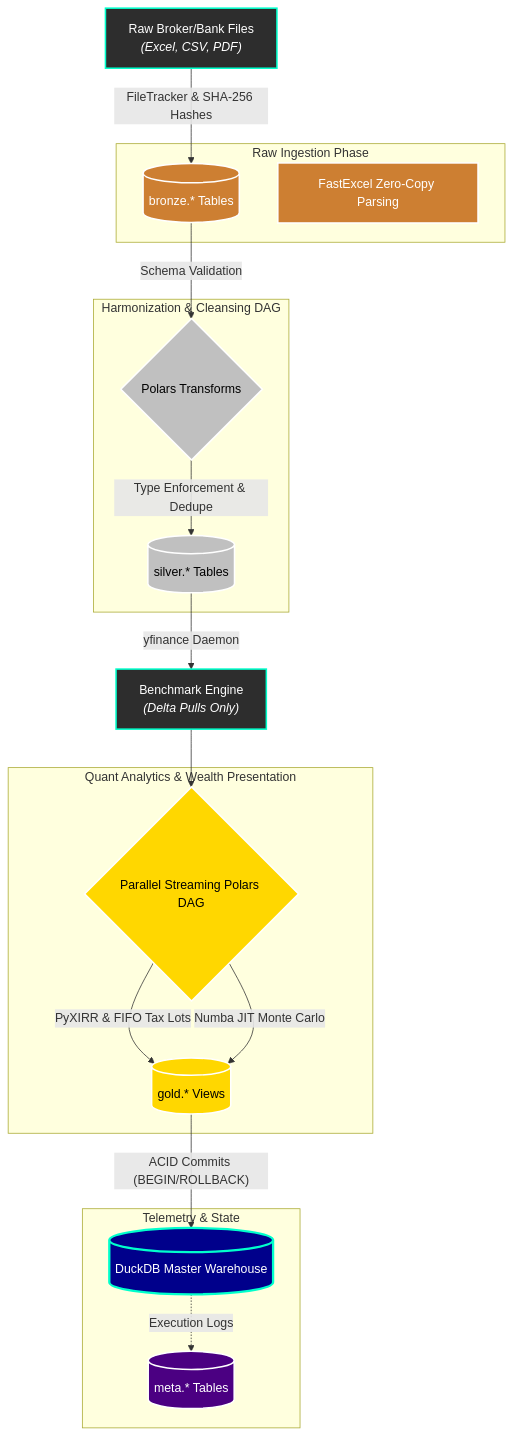
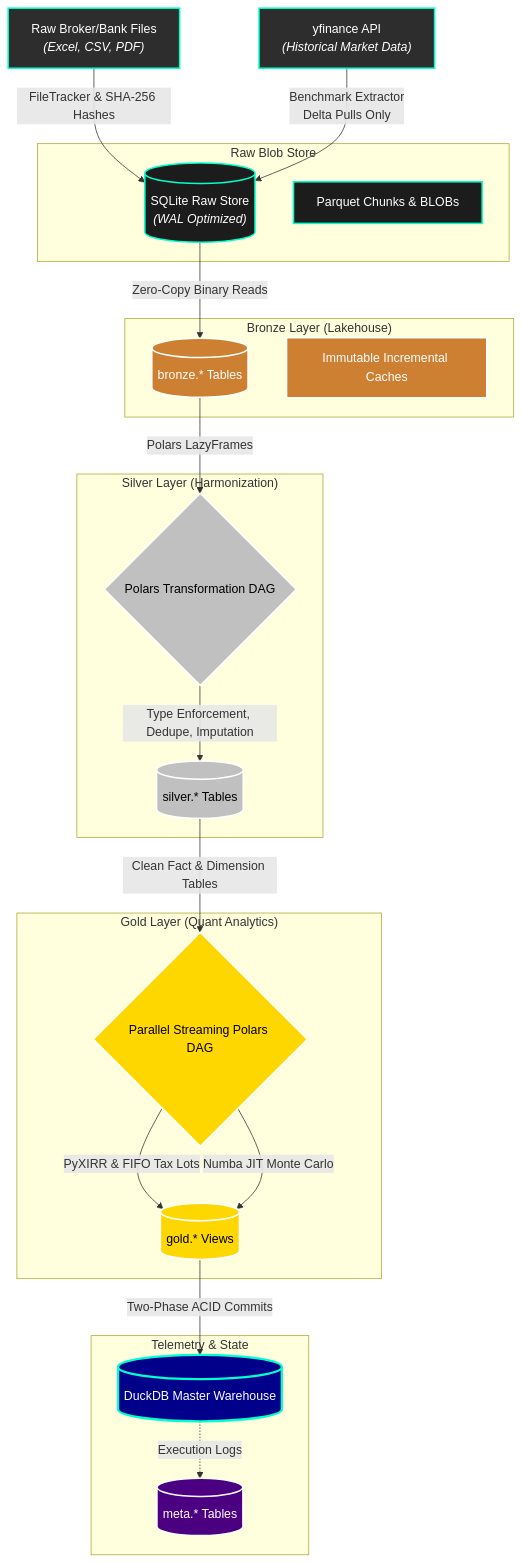
Before and after one commit to tks18/personal-finance-etl: the diagram in README.md, drawn with Mermaid. The commit also changed other lines of this file and 1 other file, not shown here.

Commit message:
docs(readme, about): update both readme and about to reflect recent changes

````diff
--- a/README.md
+++ b/README.md
@@ -95,41 +96,49 @@
 ```mermaid
 graph TD
+    classDef raw fill:#1c1c1c,stroke:#00ffcc,stroke-width:2px,color:#fff;
     classDef bronze fill:#cd7f32,stroke:#fff,stroke-width:2px,color:#fff;
     classDef silver fill:#c0c0c0,stroke:#fff,stroke-width:2px,color:#000;
     classDef gold fill:#ffd700,stroke:#fff,stroke-width:2px,color:#000;
     classDef meta fill:#4B0082,stroke:#fff,stroke-width:2px,color:#fff;
     classDef external fill:#2d2d2d,stroke:#00ffcc,stroke-width:2px,color:#fff;
     classDef core fill:#00008b,stroke:#00ffcc,stroke-width:3px,color:#fff;
 
-    A["Raw Broker/Bank Files<br><i>(Excel, CSV, PDF)</i>"]:::external -->|"FileTracker & SHA-256 Hashes"| B
+    A["Raw Broker/Bank Files<br><i>(Excel, CSV, PDF)</i>"]:::external -->|"FileTracker & SHA-256 Hashes"| Raw1
+    E["yfinance API<br><i>(Historical Market Data)</i>"]:::external -->|"Benchmark Extractor<br>Delta Pulls Only"| Raw1
 
-    subgraph BronzeLayer ["Raw Ingestion Phase"]
-        B[("bronze.* Tables")]:::bronze
-        B_Desc["FastExcel Zero-Copy Parsing"]:::bronze
+    subgraph RawLayer ["Raw Blob Store"]
+        Raw1[("SQLite Raw Store<br><i>(WAL Optimized)</i>")]:::raw
+        Raw_Desc["Parquet Chunks & BLOBs"]:::raw
     end
 
-    B -->|"Schema Validation"| C
+    Raw1 -->|"Zero-Copy Binary Reads"| B
 
-    subgraph SilverLayer ["Harmonization & Cleansing DAG"]
-        C{"Polars Transforms"}:::silver
-        D[("silver.* Tables")]:::silver
-        C -->|"Type Enforcement & Dedupe"| D
+    subgraph BronzeLayer ["Bronze Layer (Lakehouse)"]
+        B[("bronze.* Tables")]:::bronze
+        B_Desc["Immutable Incremental Caches"]:::bronze
     end
 
-    D -->|"yfinance Daemon"| E["Benchmark Engine<br><i>(Delta Pulls Only)</i>"]:::external
-    E --> F
+    B -->|"Polars LazyFrames"| C
 
-    subgraph GoldLayer ["Quant Analytics & Wealth Presentation"]
+    subgraph SilverLayer ["Silver Layer (Harmonization)"]
+        C{"Polars Transformation DAG"}:::silver
+        D[("silver.* Tables")]:::silver
+        C -->|"Type Enforcement, Dedupe, Imputation"| D
+    end
+
+    D -->|"Clean Fact & Dimension Tables"| F
+
+    subgraph GoldLayer ["Gold Layer (Quant Analytics)"]
         F{"Parallel Streaming Polars DAG"}:::gold
         G[("gold.* Views")]:::gold
         F -->|"PyXIRR & FIFO Tax Lots"| G
         F -->|"Numba JIT Monte Carlo"| G
     end
 
-    G -->|"ACID Commits (BEGIN/ROLLBACK)"| H[("DuckDB Master Warehouse")]:::core
+    G -->|"Two-Phase ACID Commits"| H[("DuckDB Master Warehouse")]:::core
 
     subgraph MetaLayer ["Telemetry & State"]
         I[("meta.* Tables")]:::meta
         H -.->|"Execution Logs"| I
     end
 ```
````
